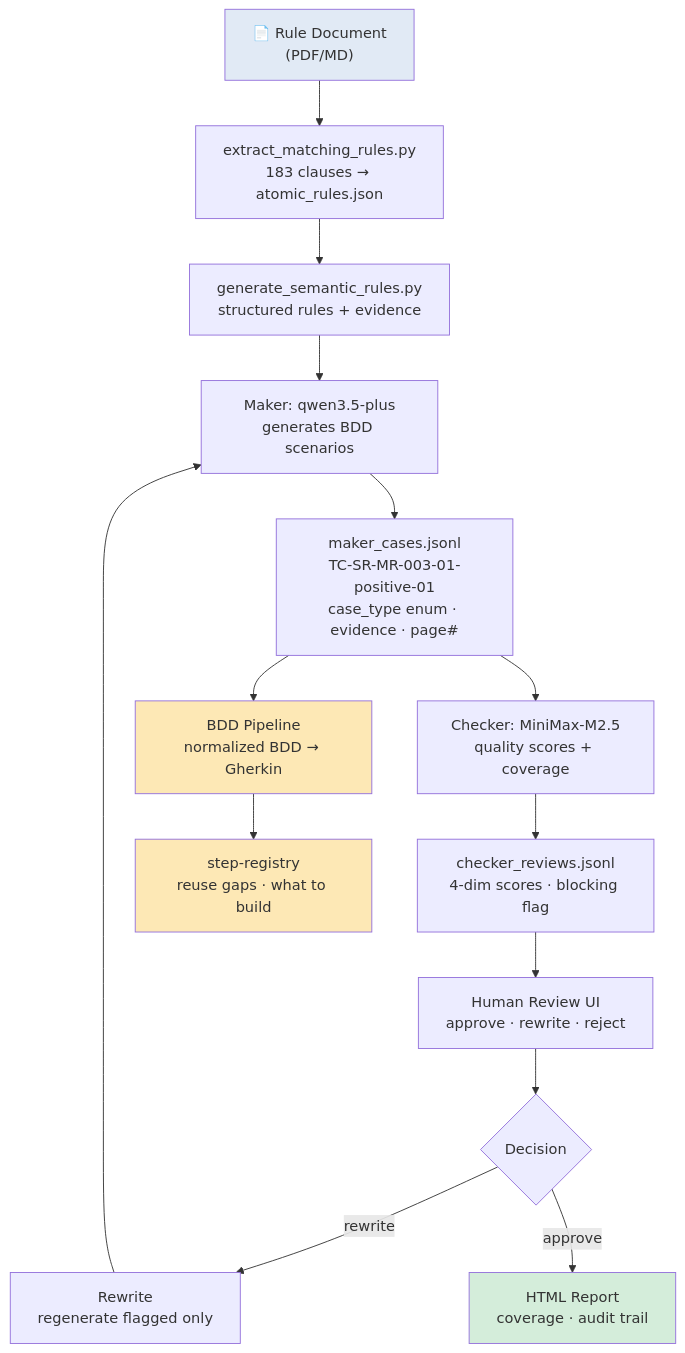
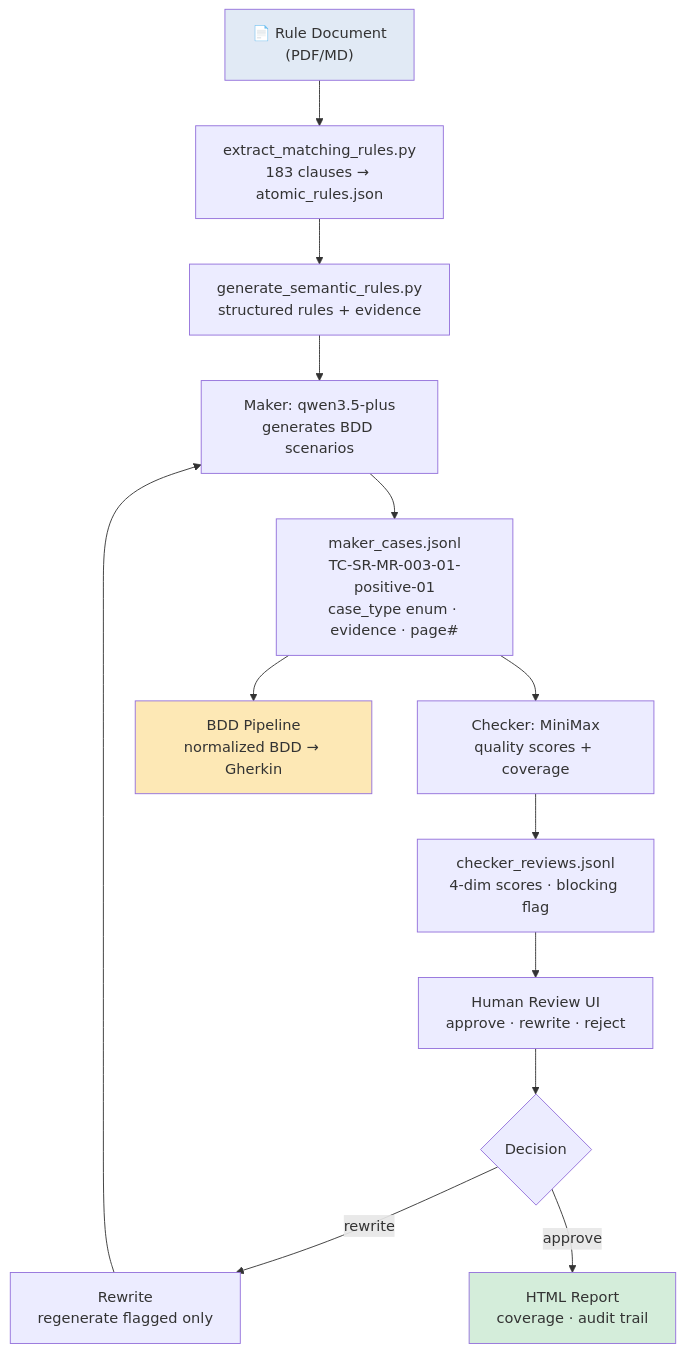
One commit to CodeFreddy/LME-Testing changed the first of 2 diagrams in docs/demo_for_boss.md. Above: the diagram before and after it, drawn with Mermaid. The commit also changed other lines of this file and 1 other file, not shown here.

````diff
--- a/docs/demo_for_boss.md
+++ b/docs/demo_for_boss.md
@@ -17,21 +17,19 @@
 ```mermaid
 flowchart TD
     A["📄 Rule Document<br/>(PDF/MD)"] --> B["extract_matching_rules.py<br/>183 clauses → atomic_rules.json"]
     B --> C["generate_semantic_rules.py<br/>structured rules + evidence"]
     C --> D["Maker: qwen3.5-plus<br/>generates BDD scenarios"]
     D --> E["maker_cases.jsonl<br/>TC-SR-MR-003-01-positive-01<br/>case_type enum · evidence · page#"]
-    E --> F["Checker: MiniMax-M2.5<br/>quality scores + coverage"]
+    E --> F["Checker: MiniMax<br/>quality scores + coverage"]
     E --> G["BDD Pipeline<br/>normalized BDD → Gherkin"]
     F --> H["checker_reviews.jsonl<br/>4-dim scores · blocking flag"]
     H --> I["Human Review UI<br/>approve · rewrite · reject"]
     I --> J{"Decision"}
     J -->|rewrite| K["Rewrite<br/>regenerate flagged only"]
     K --> D
     J -->|approve| L["HTML Report<br/>coverage · audit trail"]
-    G --> M["step-registry<br/>reuse gaps · what to build"]
 
     style A fill:#e1eaf5
     style L fill:#d4edda
     style G fill:#fde8b5
-    style M fill:#fde8b5
 ```
````
